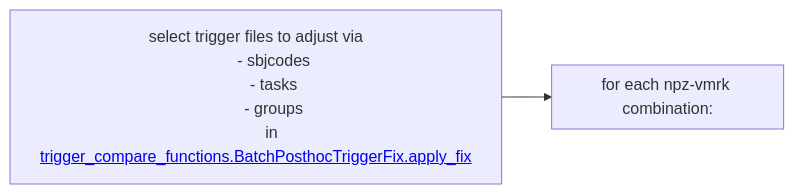
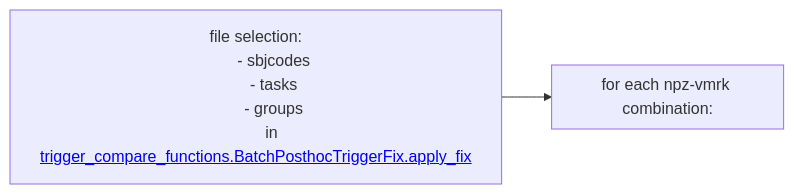
One commit to neuro-dream/Trigger-Fix changed the diagram in README.md. Above: the diagram before and after it, drawn with Mermaid.

````diff
--- a/README.md
+++ b/README.md
@@ -30,17 +30,17 @@
 ```mermaid
 graph LR;
-    A["select trigger files to adjust via
+    A["file selection:
 	- sbjcodes
 	- tasks
 	- groups
 	in <a href='[https://github.com/neurodream/Trigger-Fix/blob/main/trigfix/trigger_compare_functions.py#L170](https://github.com/neurodream/Trigger-Fix/blob/main/trigfix/trigger_compare_functions.py#L92)'>trigger_compare_functions.BatchPosthocTriggerFix.apply_fix</a>"]
 
 subgraph for_each_file_comb["for each npz-vmrk combination:"]
     direction TB
 end
 
     A-->for_each_file_comb;
     %% A-->C;
     %% B-->D;
     %% C-->D;
 ```
````
